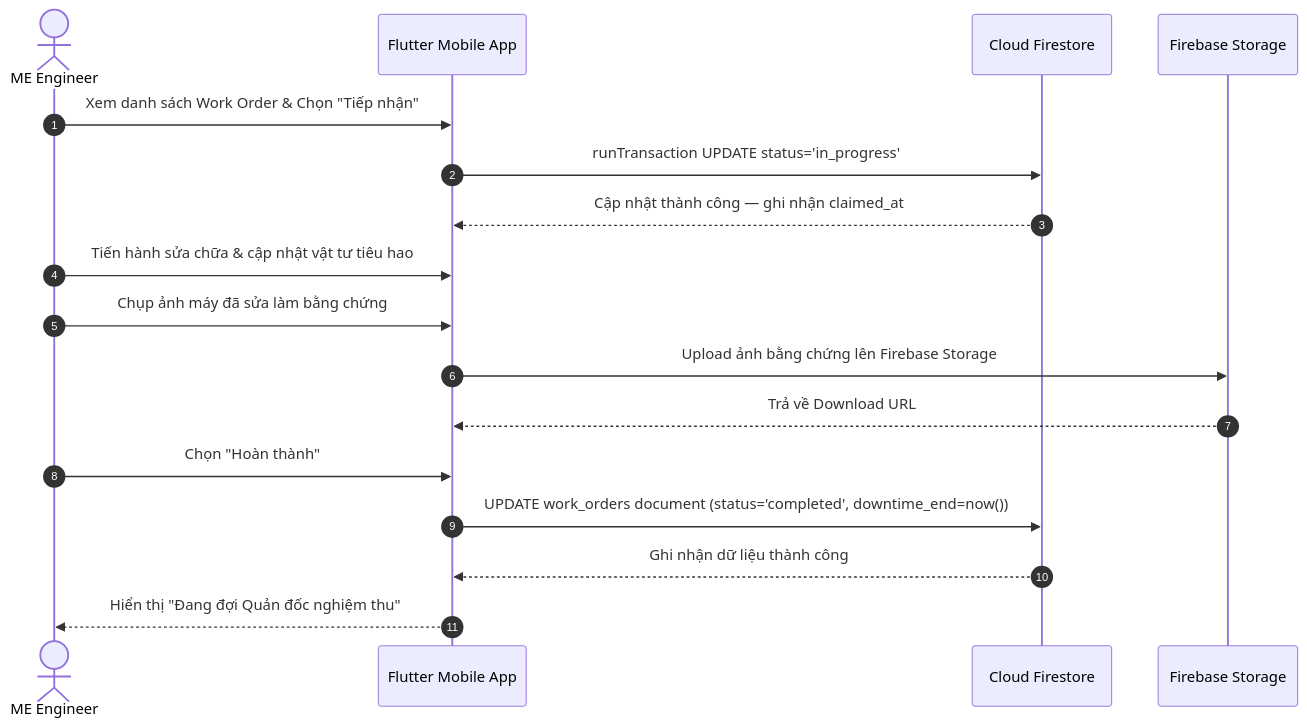
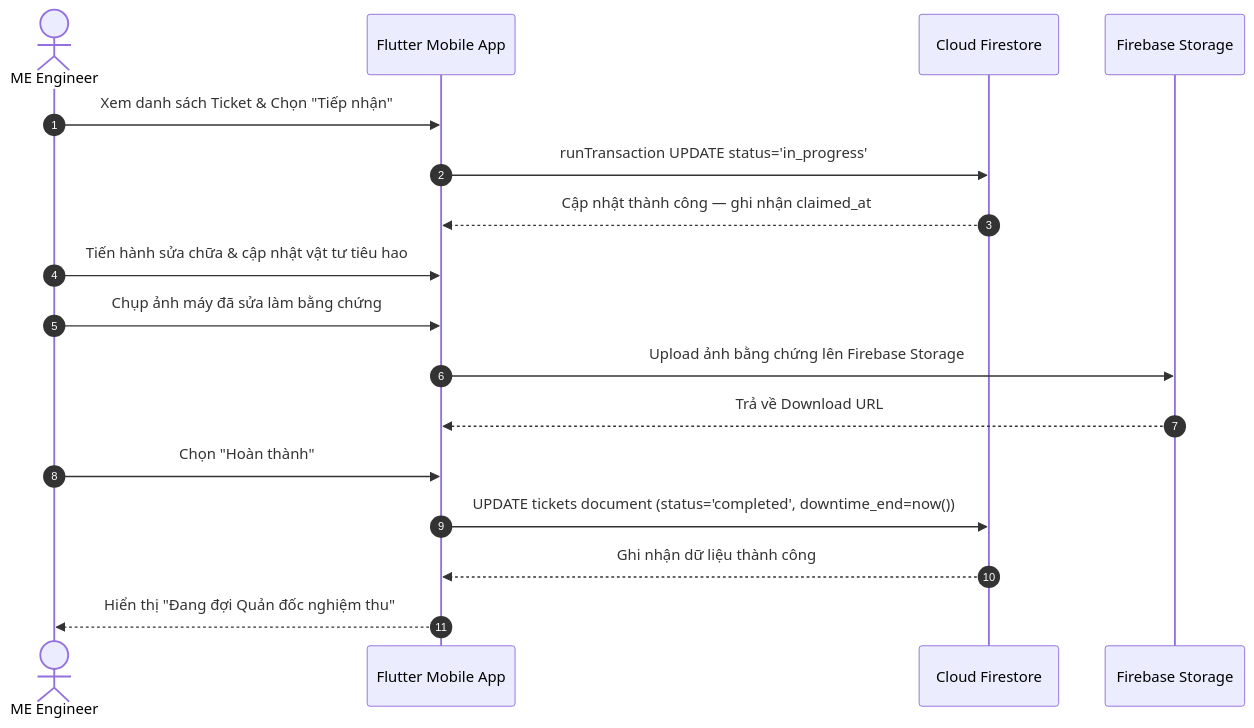
One commit to pvduy23052005/cse441-mobile-asset-track changed the fifth of 12 diagrams in system_design.md. Above: the diagram before and after it, drawn with Mermaid. The commit also changed other lines of this file and 3 other files, not shown here.

Commit message:
docs: update project documentation and database schema design specifications

````diff
--- a/system_design.md
+++ b/system_design.md
@@ -174,20 +172,20 @@
 ```mermaid
 sequenceDiagram
     autonumber
     actor ME as ME Engineer
     participant App as Flutter Mobile App
     participant DB as Cloud Firestore
     participant Store as Firebase Storage
 
-    ME->>App: Xem danh sách Work Order & Chọn "Tiếp nhận"
+    ME->>App: Xem danh sách Ticket & Chọn "Tiếp nhận"
     App->>DB: runTransaction UPDATE status='in_progress'
     DB-->>App: Cập nhật thành công — ghi nhận claimed_at
     ME->>App: Tiến hành sửa chữa & cập nhật vật tư tiêu hao
     ME->>App: Chụp ảnh máy đã sửa làm bằng chứng
     App->>Store: Upload ảnh bằng chứng lên Firebase Storage
     Store-->>App: Trả về Download URL
     ME->>App: Chọn "Hoàn thành"
-    App->>DB: UPDATE work_orders document (status='completed', downtime_end=now())
+    App->>DB: UPDATE tickets document (status='completed', downtime_end=now())
     DB-->>App: Ghi nhận dữ liệu thành công
     App-->>ME: Hiển thị "Đang đợi Quản đốc nghiệm thu"
 ```
````
